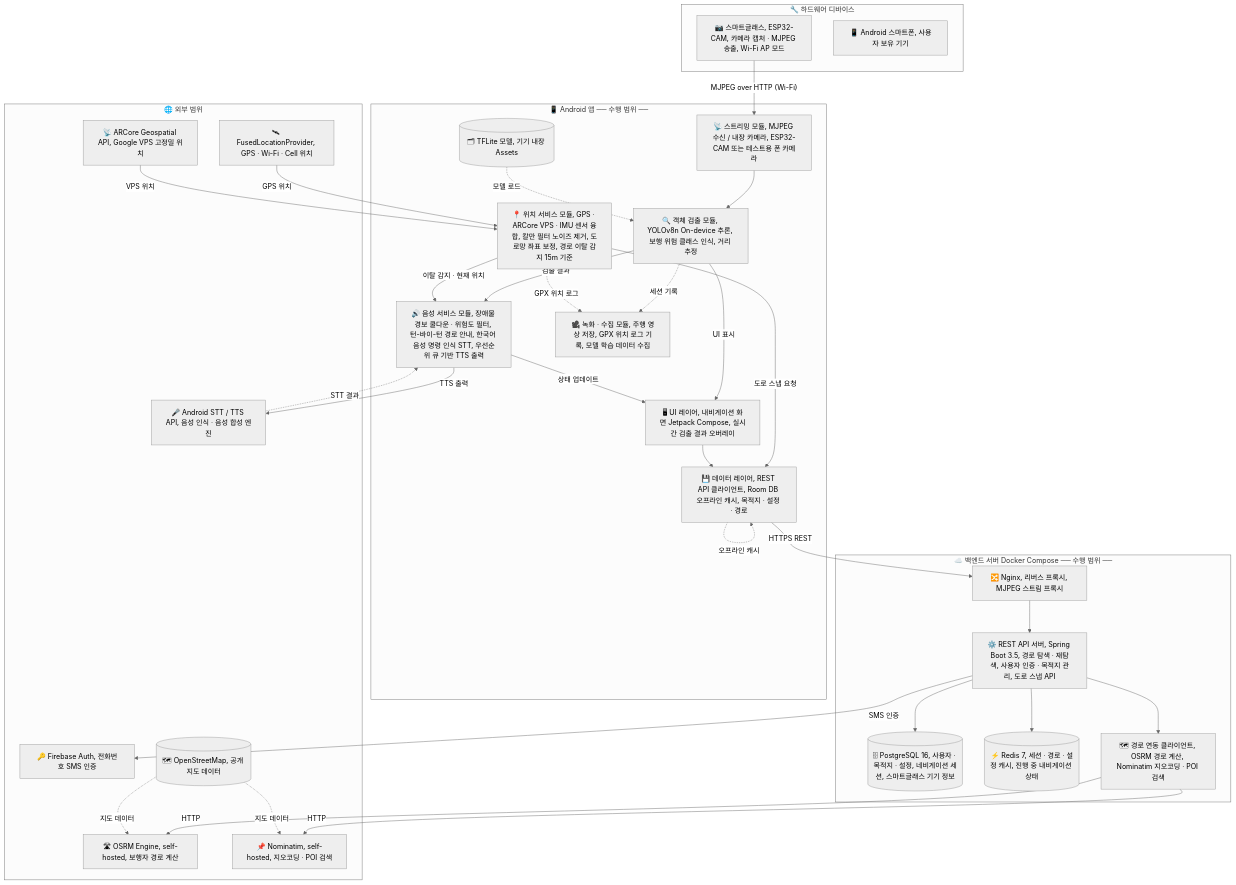
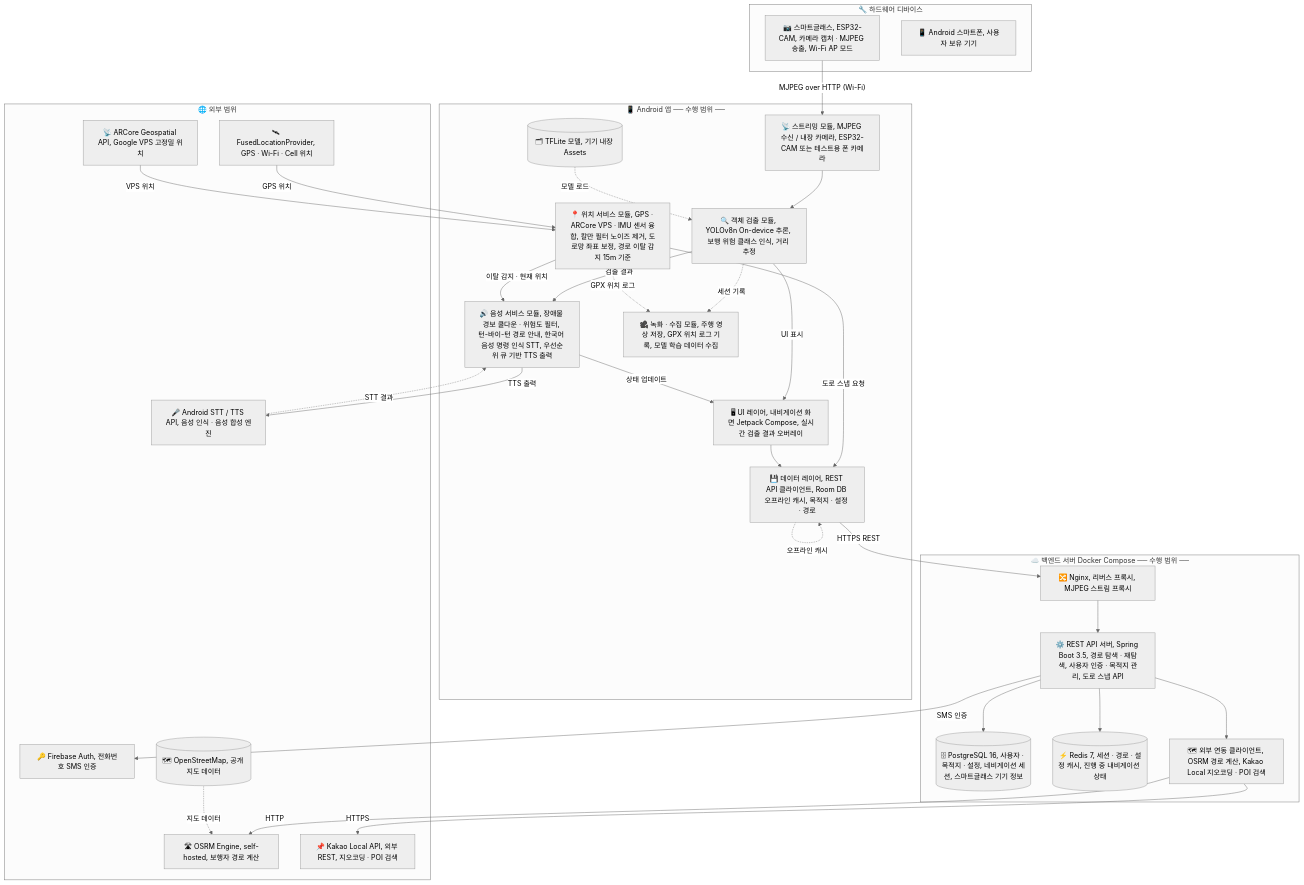
Before and after one commit to 2026TUKCOMCD/SmartWalk: the diagram in system-architecture.md, drawn with Mermaid (neutral theme). The commit also changed other lines of this file and 20 other files, not shown here.

```diff
--- a/system-architecture.md
+++ b/system-architecture.md
@@ -122,14 +122,14 @@
 
         CACHE[("⚡ Redis 7, 세션 · 경로 · 설정 캐시, 진행 중 내비게이션 상태")]
 
-        ROUTING["🗺 경로 연동 클라이언트, OSRM 경로 계산, Nominatim 지오코딩 · POI 검색"]
+        ROUTING["🗺 외부 연동 클라이언트, OSRM 경로 계산, Kakao Local 지오코딩 · POI 검색"]
     end
 
     %% ─────────────── 외부 시스템 ───────────────
     subgraph EXT["🌐 외부 범위"]
         FIREBASE["🔑 Firebase Auth, 전화번호 SMS 인증"]
         OSRM_ENG["🛣 OSRM Engine, self-hosted, 보행자 경로 계산"]
-        NOM_ENG["📌 Nominatim, self-hosted, 지오코딩 · POI 검색"]
+        KAKAO_API["📌 Kakao Local API, 외부 REST, 지오코딩 · POI 검색"]
         OSM_DATA[("🗺 OpenStreetMap, 공개 지도 데이터")]
         ARCORE["📡 ARCore Geospatial API, Google VPS 고정밀 위치"]
         OS_VOICE["🎤 Android STT / TTS API, 음성 인식 · 음성 합성 엔진"]
@@ -165,9 +165,8 @@
     SB -->|"SMS 인증"| FIREBASE
 
     ROUTING -->|"HTTP"| OSRM_ENG
-    ROUTING -->|"HTTP"| NOM_ENG
+    ROUTING -->|"HTTPS"| KAKAO_API
     OSM_DATA -.->|"지도 데이터"| OSRM_ENG
-    OSM_DATA -.->|"지도 데이터"| NOM_ENG
 
     DETECT -.->|"세션 기록"| REC
     LOC -.->|"GPX 위치 로그"| REC
```
